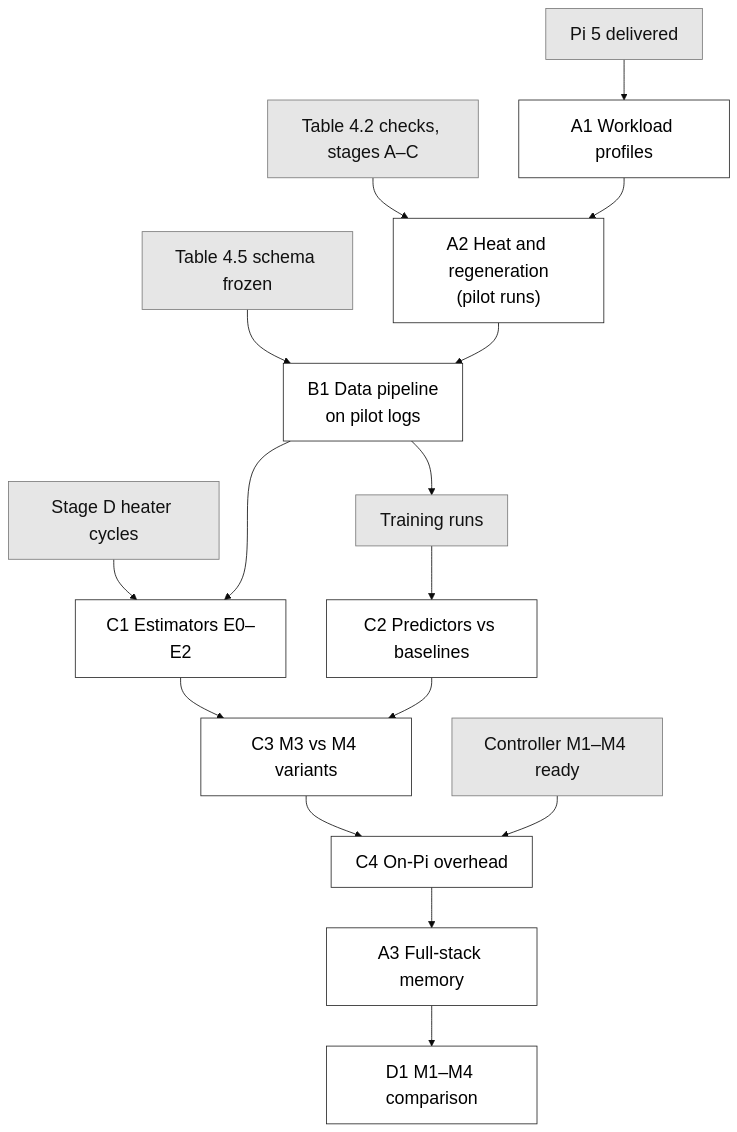
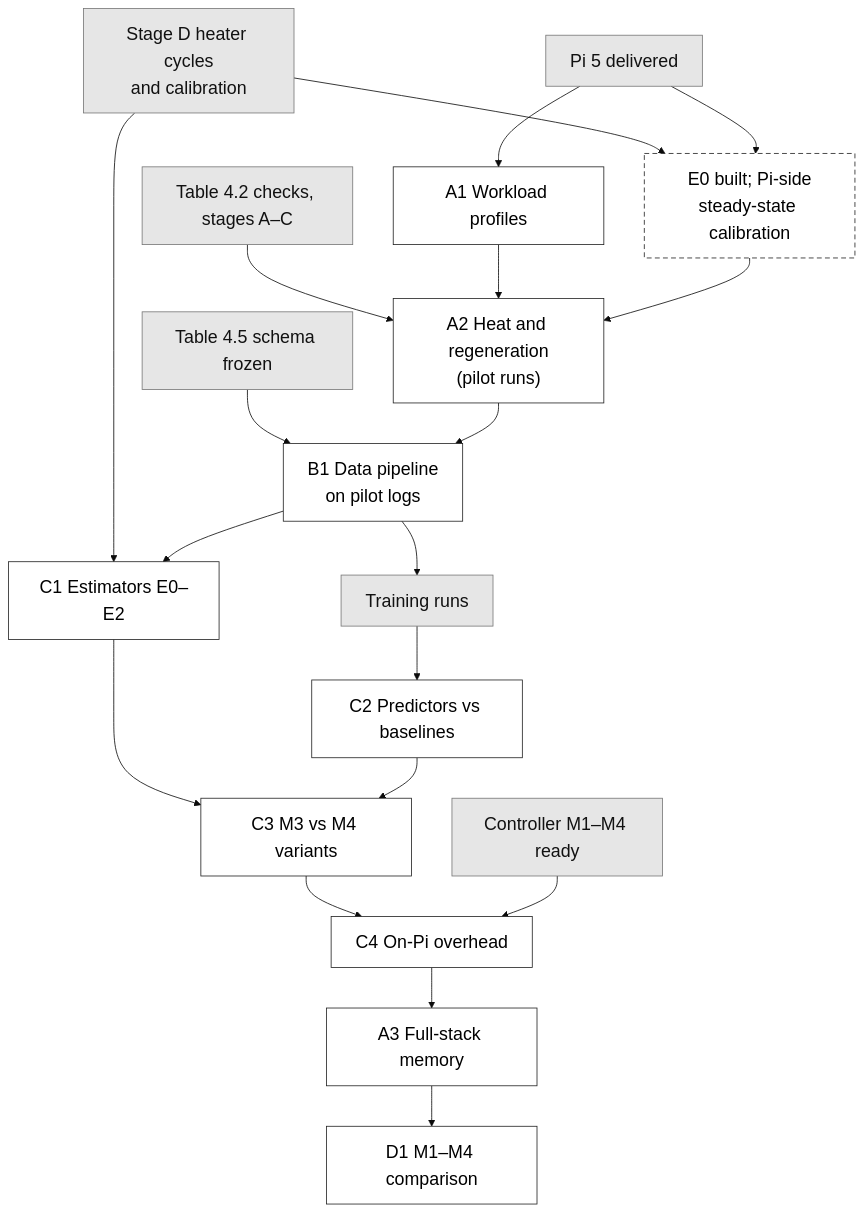
The diagram in part4/figures/fig5-1-test-gates.mmd (azimaus970/SeniorDesign), drawn with Mermaid before and after one commit. The commit also changed 17 other files, not shown here.

```diff
--- a/part4/figures/fig5-1-test-gates.mmd
+++ b/part4/figures/fig5-1-test-gates.mmd
@@ -1,21 +1,26 @@
 %%{init: {"theme": "base", "themeVariables": {"fontSize": "22px", "fontFamily": "Times New Roman"}}}%%
 flowchart TB
     PI["Pi 5 delivered"] --> A1["A1 Workload profiles"]
+    SD["Stage D heater cycles<br/>and calibration"] --> E0["E0 built; Pi-side<br/>steady-state calibration"]
+    PI --> E0
     HW["Table 4.2 checks, stages A–C"] --> A2
     A1 --> A2["A2 Heat and regeneration<br/>(pilot runs)"]
+    E0 --> A2
     SCH["Table 4.5 schema frozen"] --> B1
     A2 --> B1["B1 Data pipeline<br/>on pilot logs"]
     B1 --> RUNS["Training runs"]
-    SD["Stage D heater cycles"] --> C1["C1 Estimators E0–E2"]
+    SD --> C1["C1 Estimators E0–E2"]
     B1 --> C1
     RUNS --> C2["C2 Predictors vs baselines"]
     C1 --> C3["C3 M3 vs M4 variants"]
     C2 --> C3
     C3 --> C4["C4 On-Pi overhead"]
     CTRL["Controller M1–M4 ready"] --> C4
     C4 --> A3["A3 Full-stack memory"]
     A3 --> D1["D1 M1–M4 comparison"]
     classDef ext fill:#e6e6e6,stroke:#777777,color:#111111
     classDef test fill:#ffffff,stroke:#222222,color:#000000
+    classDef step fill:#ffffff,stroke:#222222,color:#000000,stroke-dasharray: 6 4
     class HW,PI,SCH,SD,CTRL,RUNS ext
     class A1,A2,A3,B1,C1,C2,C3,C4,D1 test
+    class E0 step
```
